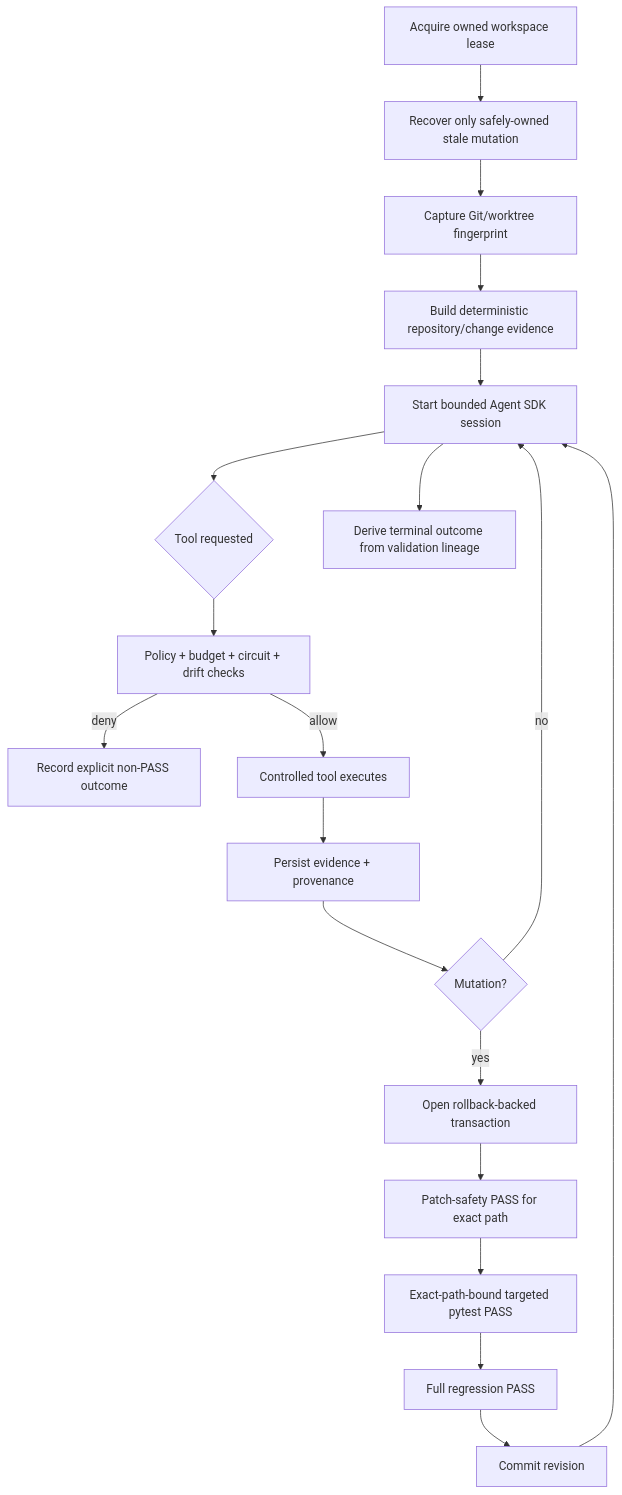
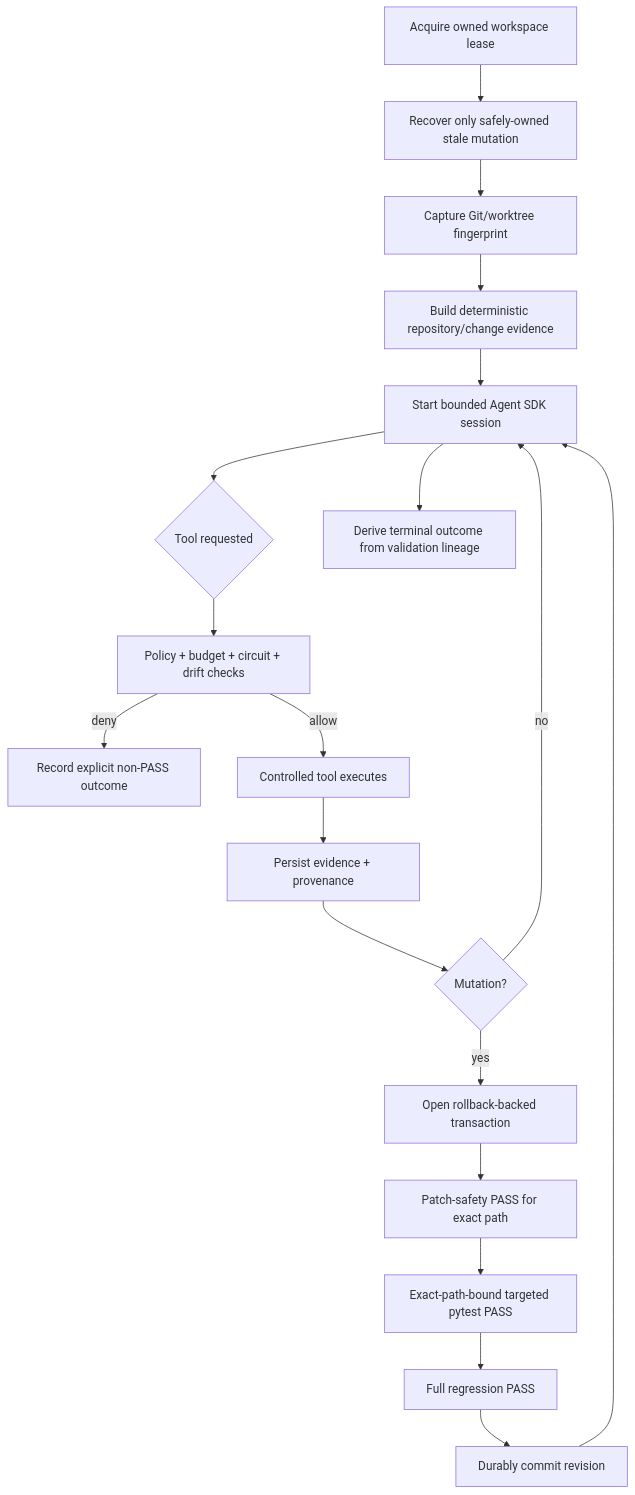
One commit to portyu9/ai-qa-automation changed the second of 2 diagrams in README.md. Above: the diagram before and after it, drawn with Mermaid. The commit also changed other lines of this file, not shown here.

Commit message:
Refine README with pure GitHub Markdown architecture

````diff
--- a/README.md
+++ b/README.md
@@ -212,21 +229,21 @@
 ```mermaid
 flowchart TD
     A[Acquire owned workspace lease] --> B[Recover only safely-owned stale mutation]
     B --> C[Capture Git/worktree fingerprint]
     C --> D[Build deterministic repository/change evidence]
     D --> E[Start bounded Agent SDK session]
     E --> F{Tool requested}
     F --> G[Policy + budget + circuit + drift checks]
     G -->|deny| H[Record explicit non-PASS outcome]
     G -->|allow| I[Controlled tool executes]
     I --> J[Persist evidence + provenance]
     J --> K{Mutation?}
     K -->|no| E
     K -->|yes| L[Open rollback-backed transaction]
     L --> M[Patch-safety PASS for exact path]
     M --> N[Exact-path-bound targeted pytest PASS]
     N --> O[Full regression PASS]
-    O --> P[Commit revision]
+    O --> P[Durably commit revision]
     P --> E
     E --> Q[Derive terminal outcome from validation lineage]
 ```
````
